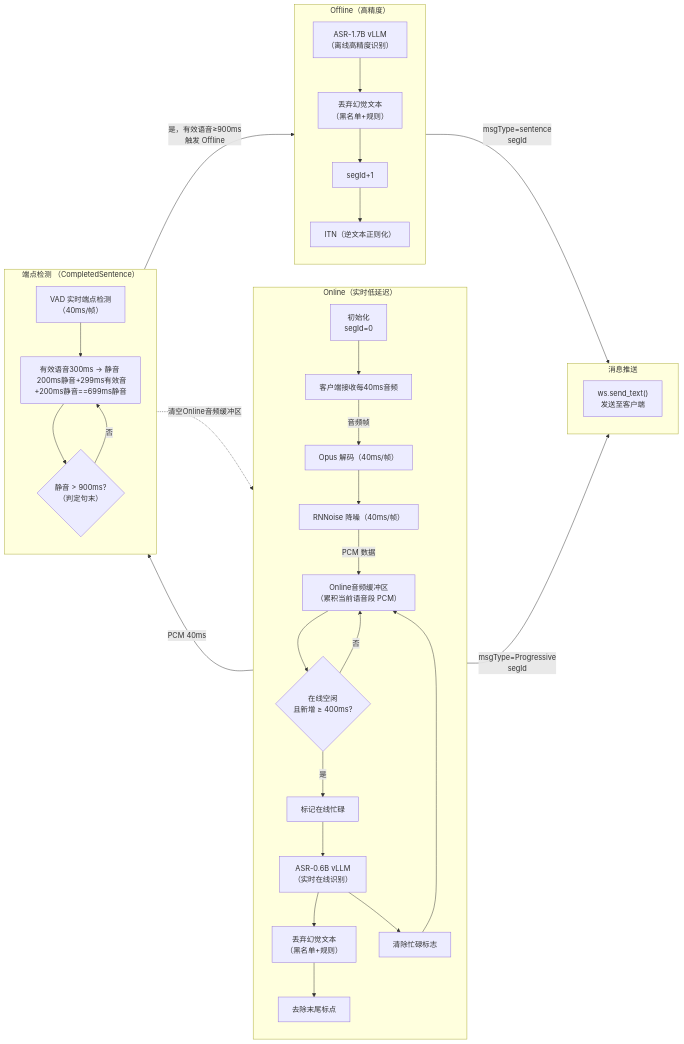
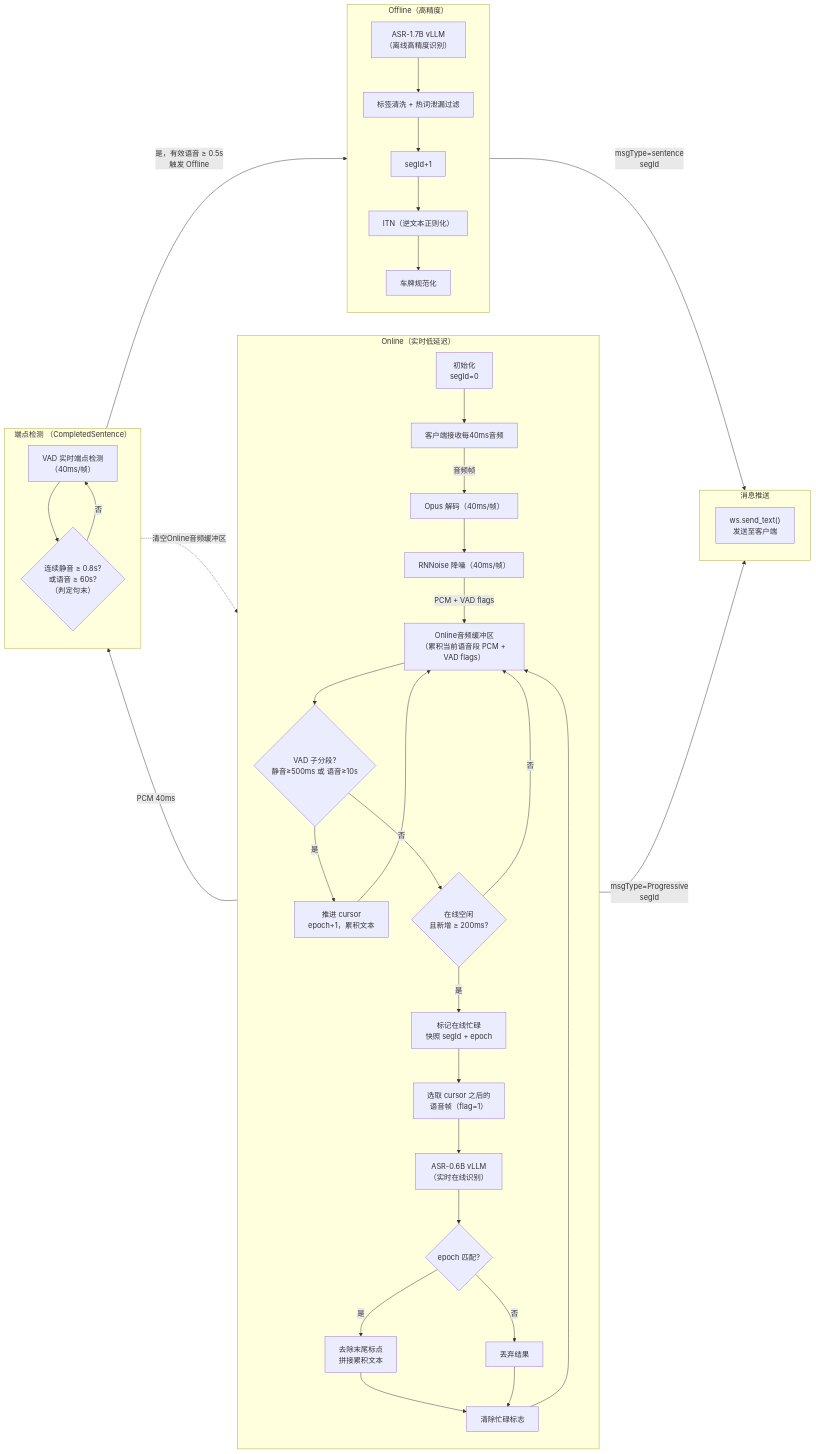
The first of 2 diagrams in README.md (dzy9821/tmgenius-ascend-vllm-v3), drawn with Mermaid before and after one commit. The commit also changed other lines of this file and 4 other files, not shown here.

````diff
--- a/README.md
+++ b/README.md
@@ -18,58 +18,67 @@
 ```mermaid
 flowchart LR
     subgraph ONLINE["Online（实时低延迟）"]
         direction TB
         Init[初始化<br>segId=0]
         WebSocket_IN["客户端接收每40ms音频"]
         Opus["Opus 解码（40ms/帧）"]
         RNNoise["RNNoise 降噪（40ms/帧）"]
-        Buffer["Online音频缓冲区<br>（累积当前语音段 PCM）"]
-        Cond{"在线空闲<br>且新增 ≥ 400ms?"}
-        SetBusy["标记在线忙碌"]
+        Buffer["Online音频缓冲区<br>（累积当前语音段 PCM + VAD flags）"]
+        VADCut{"VAD 子分段?<br>静音≥500ms 或 语音≥10s"}
+        AdvanceCursor["推进 cursor<br>epoch+1，累积文本"]
+        Cond{"在线空闲<br>且新增 ≥ 200ms?"}
+        SetBusy["标记在线忙碌<br>快照 segId + epoch"]
+        SelectSpeech["选取 cursor 之后的<br>语音帧（flag=1）"]
         ASR_Online["ASR-0.6B vLLM<br>（实时在线识别）"]
-        FilterHallucTextOnline["丢弃幻觉文本<br>（黑名单+规则）"]
-        StripPunct["去除末尾标点"]
+        CheckEpoch{"epoch 匹配?"}
+        StripPunct["去除末尾标点<br>拼接累积文本"]
         ClearBusy["清除忙碌标志"]
+        Discard["丢弃结果"]
 
         Init --> WebSocket_IN -->|音频帧| Opus
         Opus --> RNNoise
-        RNNoise -->|PCM 数据| Buffer
-        Buffer --> Cond
-        Cond -- 是 --> SetBusy --> ASR_Online
+        RNNoise -->|PCM + VAD flags| Buffer
+        Buffer --> VADCut
+        VADCut -- 是 --> AdvanceCursor --> Buffer
+        VADCut -- 否 --> Cond
+        Cond -- 是 --> SetBusy --> SelectSpeech --> ASR_Online
         Cond -- 否 --> Buffer
-        ASR_Online --> FilterHallucTextOnline --> StripPunct
-        ASR_Online --> ClearBusy-->Buffer
+        ASR_Online --> CheckEpoch
+        CheckEpoch -- 是 --> StripPunct
+        CheckEpoch -- 否 --> Discard
+        StripPunct --> ClearBusy --> Buffer
+        Discard --> ClearBusy
     end
 
     subgraph CompletedSentence["端点检测 （CompletedSentence）"]
         direction TB
         VAD["VAD 实时端点检测<br>（40ms/帧）"]
-        SilenceAccum["有效语音300ms → 静音 <br> 200ms静音+299ms有效音+200ms静音==699ms静音"]
-        SilenceCheck{"静音 > 900ms?<br>（判定句末）"}
+        SilenceCheck{"连续静音 ≥ 0.8s?<br>或语音 ≥ 60s?<br>（判定句末）"}
        
-        VAD --> SilenceAccum --> SilenceCheck
-        SilenceCheck -->|否| SilenceAccum
+        VAD --> SilenceCheck
+        SilenceCheck -->|否| VAD
     end
 
     subgraph OFFLINE["Offline（高精度）"]
         direction TB
         ASR_Offline["ASR-1.7B vLLM<br>（离线高精度识别）"]
-        FilterHallucTextOffline["丢弃幻觉文本<br>（黑名单+规则）"]
+        FilterOffline["标签清洗 + 热词泄漏过滤"]
         IncressSegID["segId+1"]
         ITN["ITN（逆文本正则化）"]
-        ASR_Offline --> FilterHallucTextOffline --> IncressSegID --> ITN
+        PlateNorm["车牌规范化"]
+        ASR_Offline --> FilterOffline --> IncressSegID --> ITN --> PlateNorm
         
     end
 
     subgraph OUTPUT["消息推送"]
         direction TB
         WebSocket_OUT["ws.send_text()<br>发送至客户端"]
     end
 
     %% ===== 跨子图的边统一放在顶层，避免节点被错误归入子图 =====
     RNNoise -->|PCM 40ms| VAD
-    ITN -->|msgType=sentence <br> segId| WebSocket_OUT
+    PlateNorm -->|msgType=sentence <br> segId| WebSocket_OUT
     StripPunct --> |msgType=Progressive <br> segId|WebSocket_OUT
-    SilenceCheck -->|是，有效语音≥900ms<br>触发 Offline| ASR_Offline
+    SilenceCheck -->|是，有效语音 ≥ 0.5s<br>触发 Offline| ASR_Offline
     SilenceCheck -.->|清空Online音频缓冲区| Buffer
 ```
````
